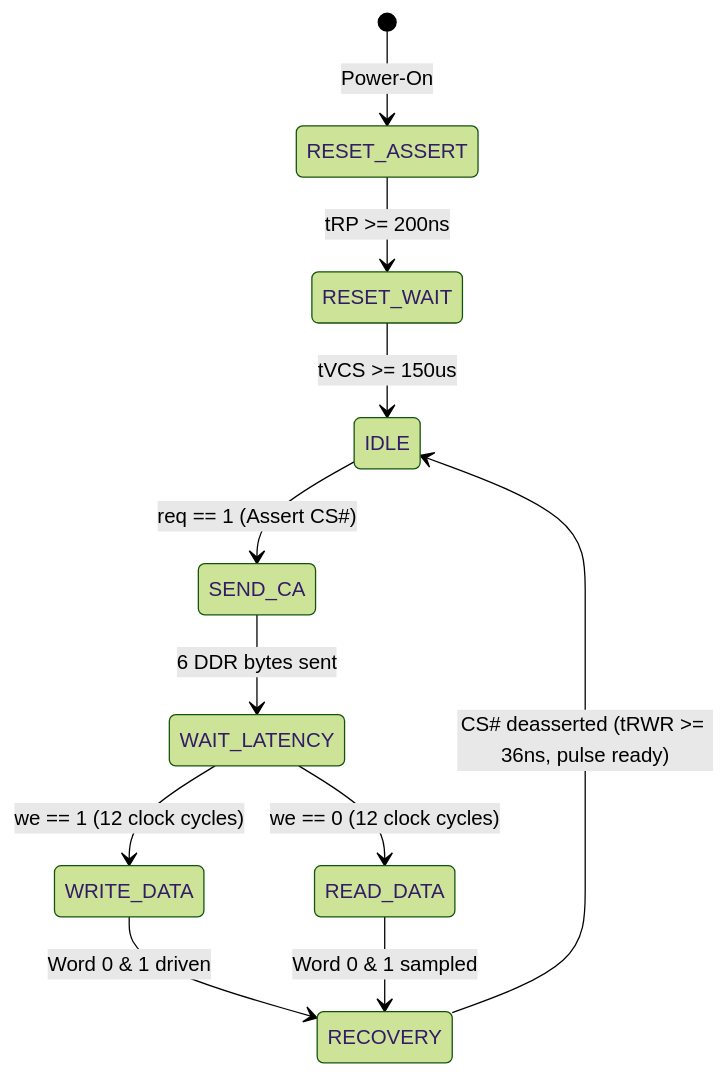
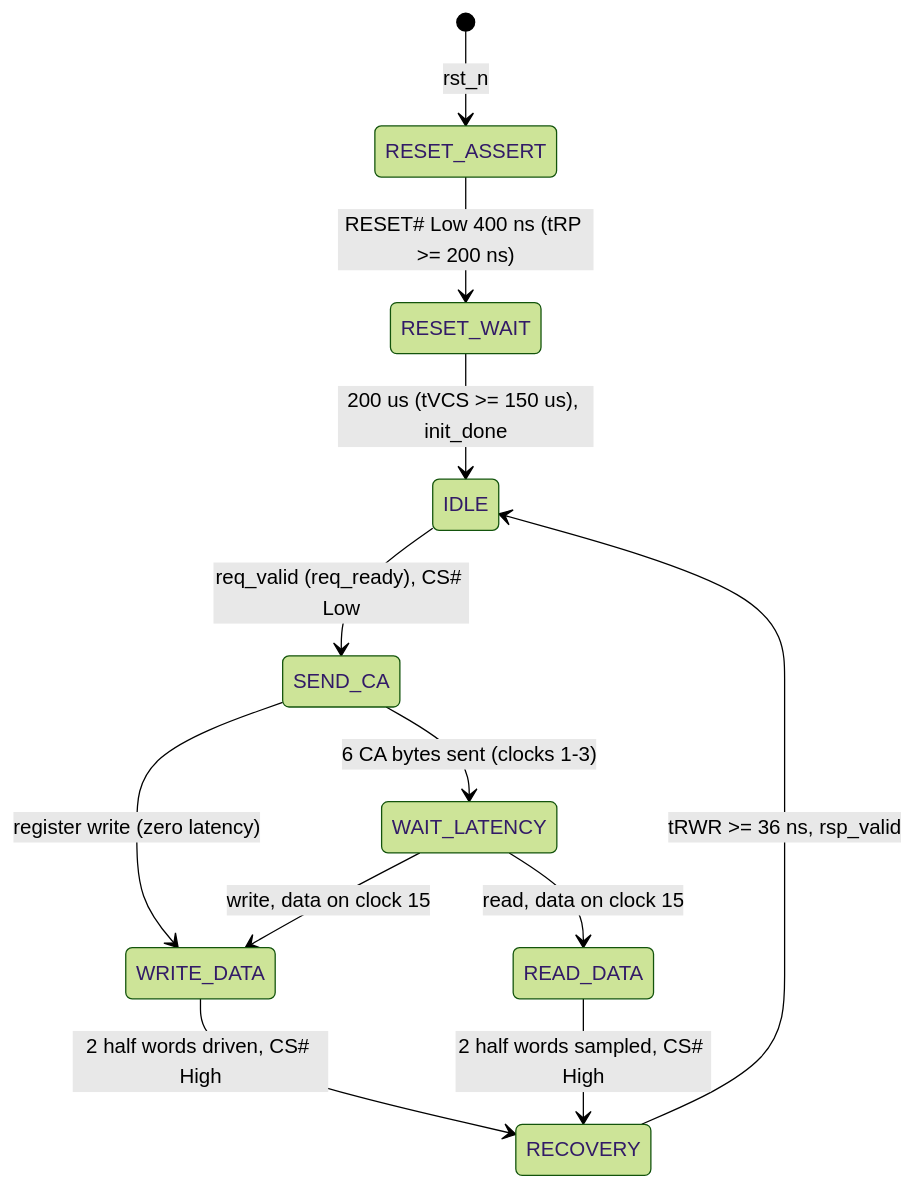
Before and after one commit to takayuki-nagata/psram_controller: the second of 2 diagrams in README.md, drawn with Mermaid (forest theme). The commit also changed other lines of this file and 4 other files, not shown here.

````diff
--- a/README.md
+++ b/README.md
@@ -56,13 +63,14 @@
 ```mermaid
 stateDiagram-v2
-    [*] --> RESET_ASSERT: Power-On
-    RESET_ASSERT --> RESET_WAIT: tRP >= 200ns
-    RESET_WAIT --> IDLE: tVCS >= 150us
-    IDLE --> SEND_CA: req == 1 (Assert CS#)
-    SEND_CA --> WAIT_LATENCY: 6 DDR bytes sent
-    WAIT_LATENCY --> WRITE_DATA: we == 1 (12 clock cycles)
-    WAIT_LATENCY --> READ_DATA: we == 0 (12 clock cycles)
-    WRITE_DATA --> RECOVERY: Word 0 & 1 driven
-    READ_DATA --> RECOVERY: Word 0 & 1 sampled
-    RECOVERY --> IDLE: CS# deasserted (tRWR >= 36ns, pulse ready)
+    [*] --> RESET_ASSERT: rst_n
+    RESET_ASSERT --> RESET_WAIT: RESET# Low 400 ns (tRP >= 200 ns)
+    RESET_WAIT --> IDLE: 200 us (tVCS >= 150 us), init_done
+    IDLE --> SEND_CA: req_valid (req_ready), CS# Low
+    SEND_CA --> WAIT_LATENCY: 6 CA bytes sent (clocks 1-3)
+    SEND_CA --> WRITE_DATA: register write (zero latency)
+    WAIT_LATENCY --> WRITE_DATA: write, data on clock 15
+    WAIT_LATENCY --> READ_DATA: read, data on clock 15
+    WRITE_DATA --> RECOVERY: 2 half words driven, CS# High
+    READ_DATA --> RECOVERY: 2 half words sampled, CS# High
+    RECOVERY --> IDLE: tRWR >= 36 ns, rsp_valid
 ```
````
